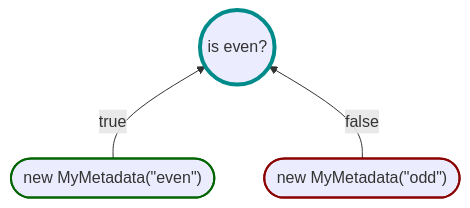
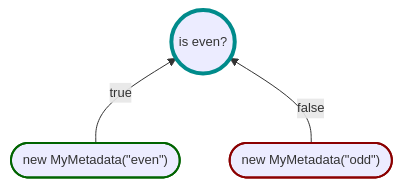
One commit to karlssberg/Motiv changed the fifth of 6 diagrams in index.md. Above: the diagram before and after it, drawn with Mermaid. The commit also changed other lines of this file and 161 other files, not shown here.

Commit message:
Added policy fluent builder methods/propositions that permit accessing the BooleanResultBase in the WhenTrue/WhenFalse/WhenTrueYield/WhenFalseYield Deprecated the Metadata property for a property called Values.

````diff
--- a/index.md
+++ b/index.md
@@ -142,10 +170,11 @@
 ```mermaid
+%%{init: { 'themeVariables': { 'fontSize': '13px' }}}%%
 flowchart BT
 
-    True([new MyMetadata&lpar;&quot;even&quot;&rpar;]) -->|true| P((is even?))
-    False([new MyMetadata&lpar;&quot;odd&quot;&rpar;]) -->|false| P
+    True(["new MyMetadata&lpar;&quot;even&quot;&rpar;"]) -->|true| P(("is even?"))
+    False(["new MyMetadata&lpar;&quot;odd&quot;&rpar;"]) -->|false| P
 
     style P stroke:darkcyan,stroke-width:4px
     style True stroke:darkgreen,stroke-width:2px
     style False stroke:darkred,stroke-width:2px
 ```
````
